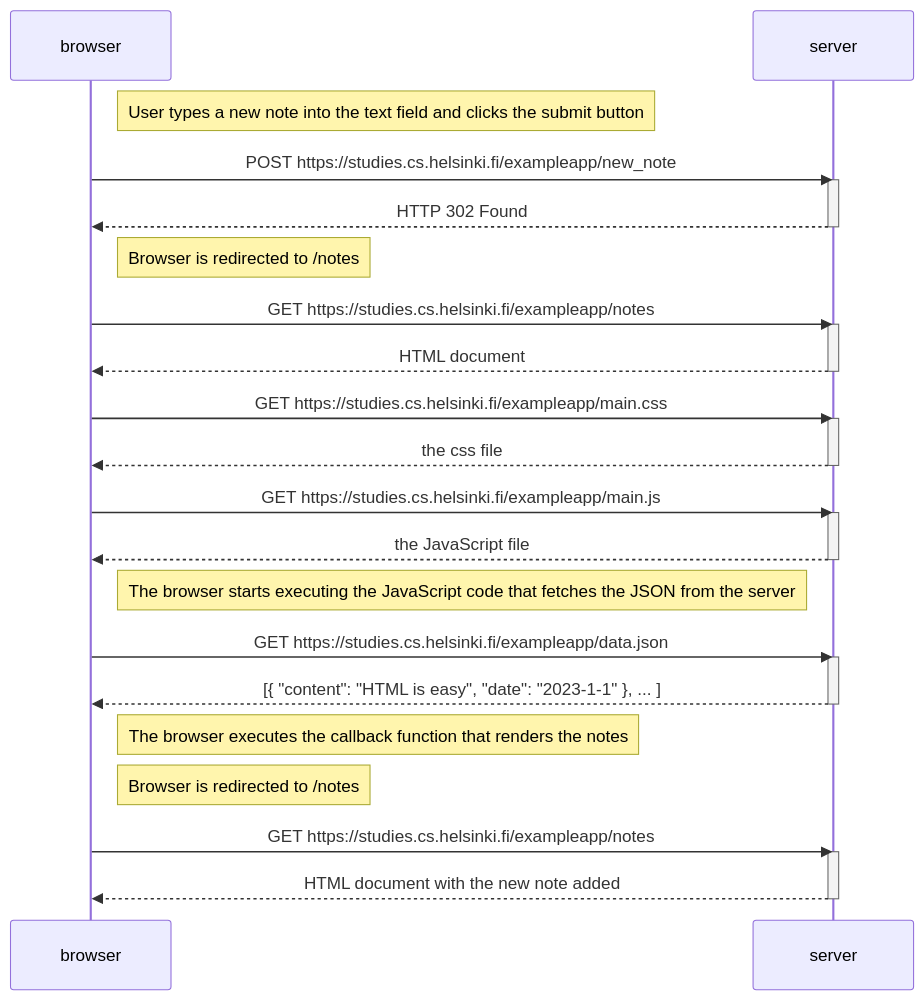
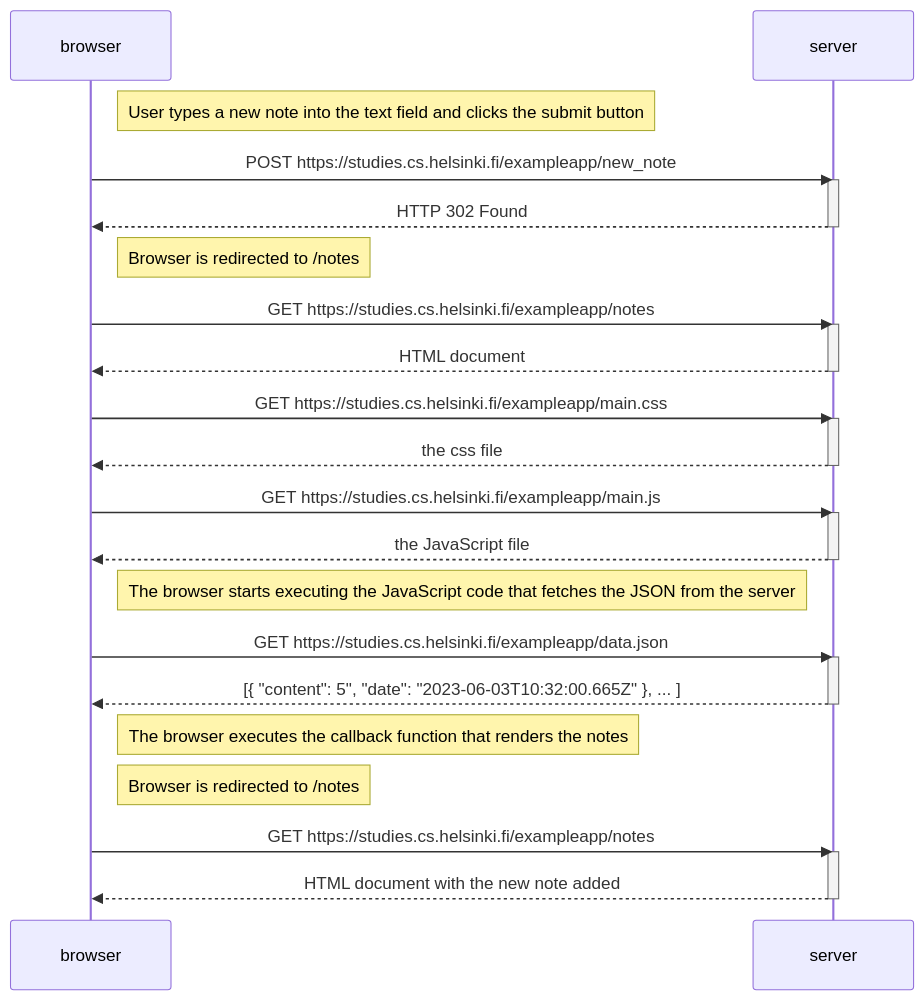
One commit to duongwalker/Full-stack-open-2023 changed the diagram in part_0/ex4.md. Above: the diagram before and after it, drawn with Mermaid. The commit also changed 1 other file, not shown here.

Commit message:
modify ex4 and add ex5

````diff
--- a/part_0/ex4.md
+++ b/part_0/ex4.md
@@ -1,45 +1,45 @@
 ```mermaid
 sequenceDiagram
     participant browser
     participant server
 
     Note right of browser: User types a new note into the text field and clicks the submit button
     browser->>server: POST https://studies.cs.helsinki.fi/exampleapp/new_note
     activate server
     server-->>browser: HTTP 302 Found
     deactivate server
 
     Note right of browser: Browser is redirected to /notes
 
     browser->>server: GET https://studies.cs.helsinki.fi/exampleapp/notes
     activate server
     server-->>browser: HTML document
     deactivate server
 
     browser->>server: GET https://studies.cs.helsinki.fi/exampleapp/main.css
     activate server
     server-->>browser: the css file
     deactivate server
 
     browser->>server: GET https://studies.cs.helsinki.fi/exampleapp/main.js
     activate server
     server-->>browser: the JavaScript file
     deactivate server
 
     Note right of browser: The browser starts executing the JavaScript code that fetches the JSON from the server
 
     browser->>server: GET https://studies.cs.helsinki.fi/exampleapp/data.json
     activate server
-    server-->>browser: [{ "content": "HTML is easy", "date": "2023-1-1" }, ... ]
+    server-->>browser: [{ "content": 5", "date": "2023-06-03T10:32:00.665Z" }, ... ]
     deactivate server
 
     Note right of browser: The browser executes the callback function that renders the notes
 
     Note right of browser: Browser is redirected to /notes
 
     browser->>server: GET https://studies.cs.helsinki.fi/exampleapp/notes
     activate server
     server-->>browser: HTML document with the new note added
     deactivate server
 
 ```
````
